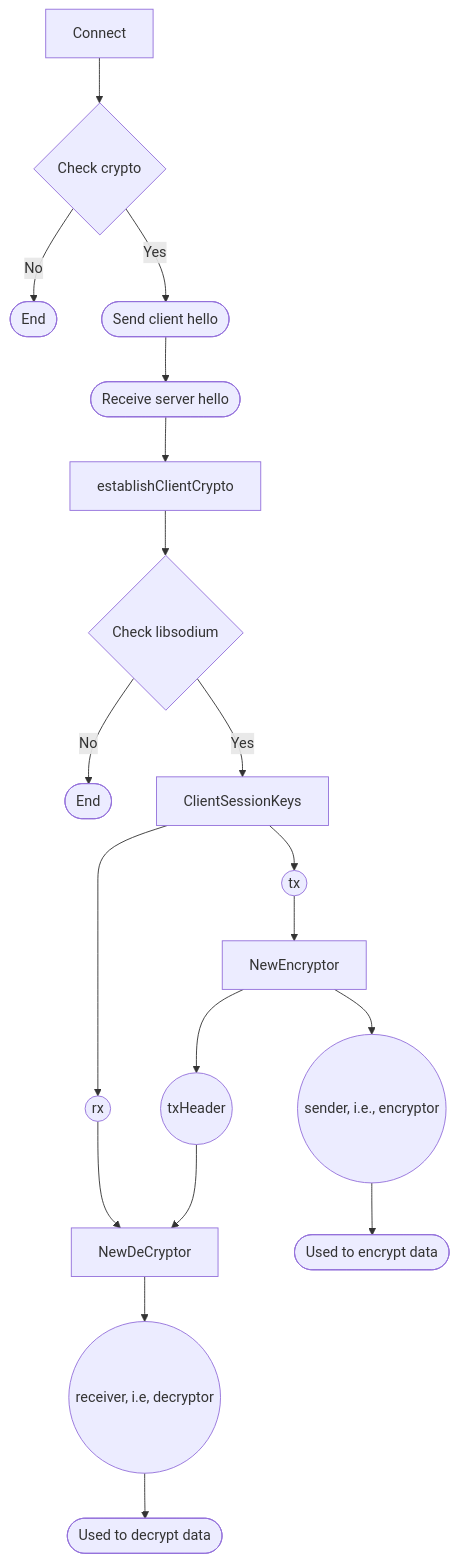
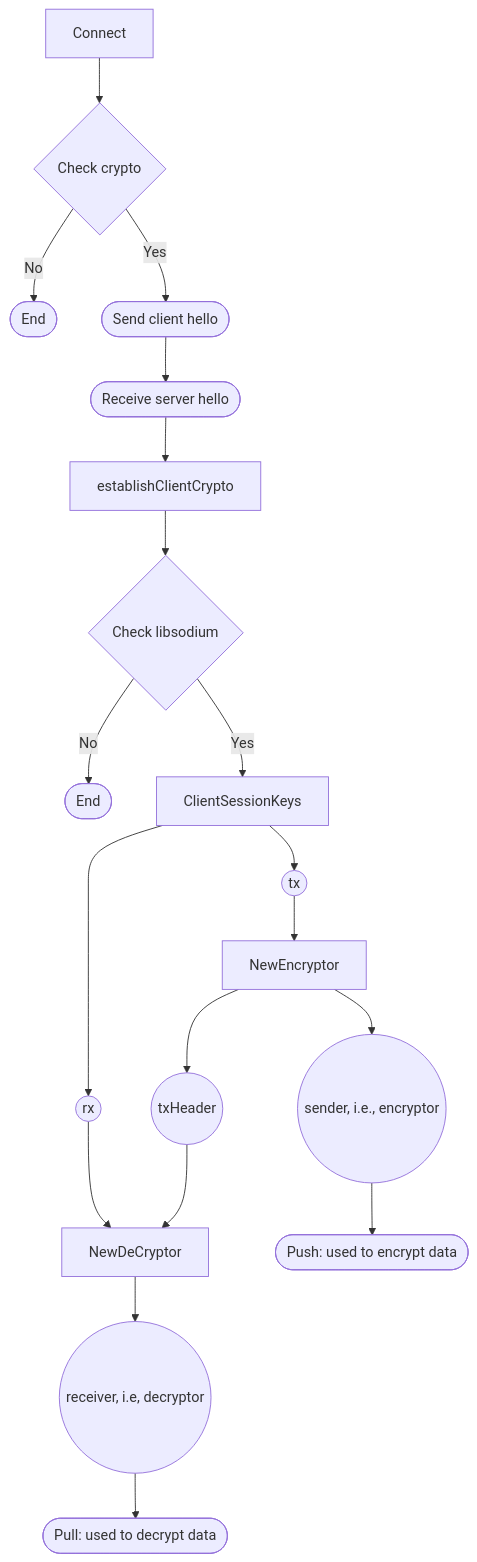
The diagram in ziti/README.md (Alonza0314/SSL-TLS-OpenZiti-Encryption-Study), drawn with Mermaid before and after one commit. The commit also changed other lines of this file, not shown here.

````diff
--- a/ziti/README.md
+++ b/ziti/README.md
@@ -9,40 +11,40 @@
 ```mermaid
     graph TD
         A[Connect]
         B{Check crypto}
         C([End])
         D([Send client hello])
         E([Receive server hello])
         F[establishClientCrypto]
         G{Check libsodium}
         H([End])
         I[ClientSessionKeys]
         J((rx))
         K((tx))
         L[NewDeCryptor]
         M[NewEncryptor]
         N((txHeader))
         O((sender, i.e., encryptor))
-        P([Used to encrypt data])
+        P([Push: used to encrypt data])
         Q((receiver, i.e, decryptor))
-        R([Used to decrypt data])
+        R([Pull: used to decrypt data])
 
         A --> B
         B -- No --> C
         B -- Yes --> D
         D --> E
         E --> F
         F --> G
         G -- No --> H
         G -- Yes --> I
         I --> J
         I --> K
         J --> L
         M --> N
         K --> M
         N --> L
         M --> O
         O --> P
         L --> Q
         Q --> R
 ```
````
